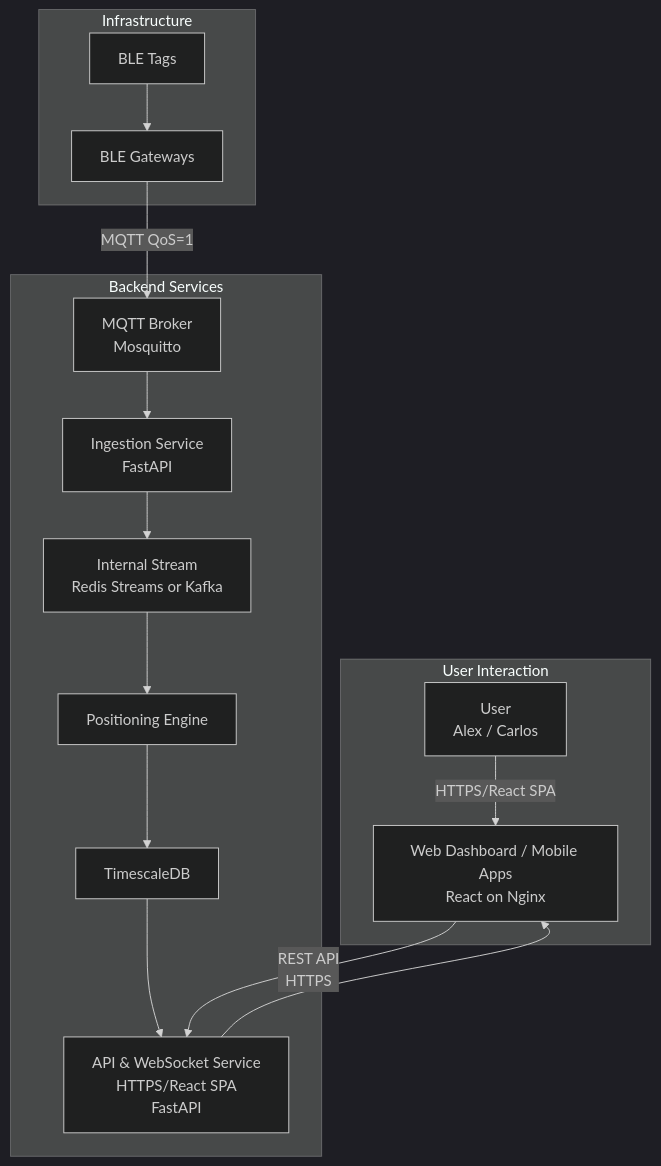
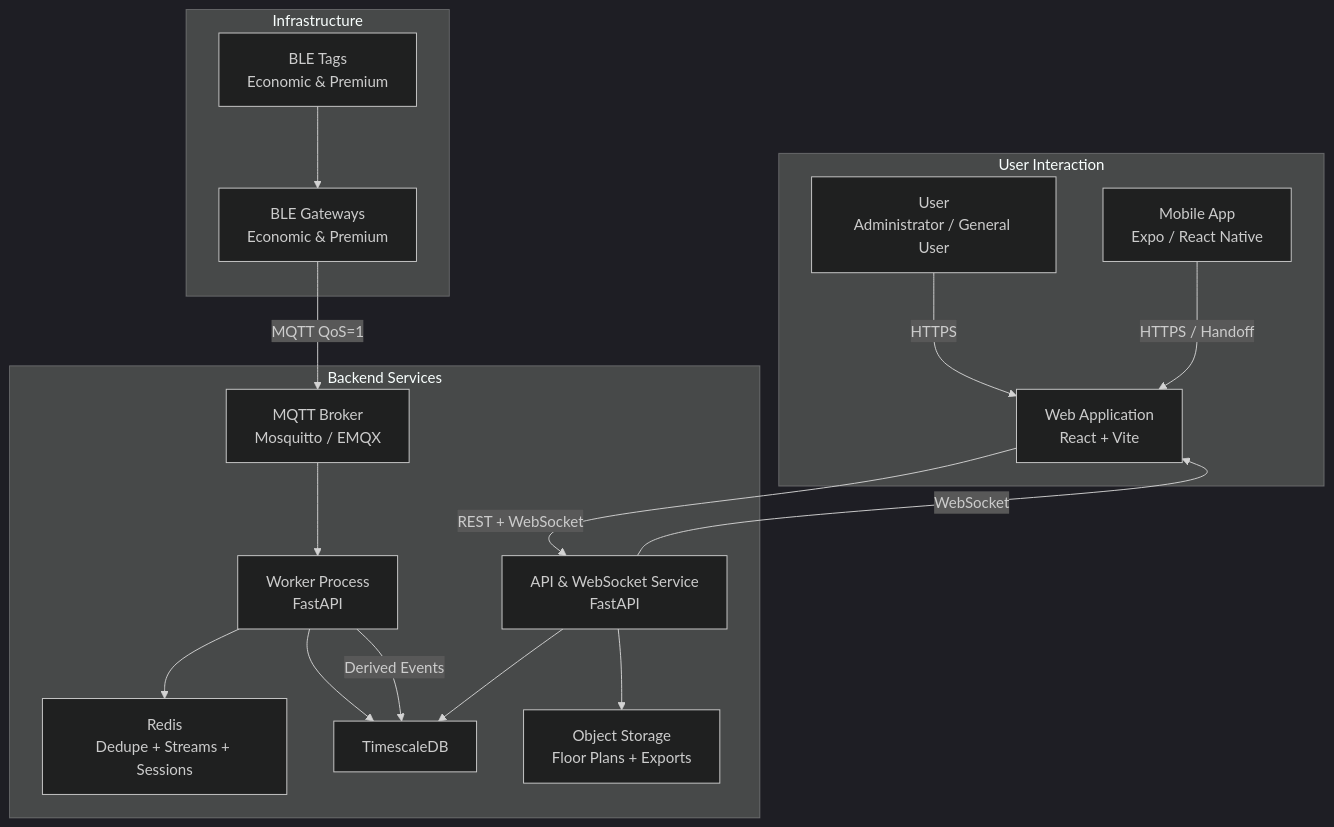
The first of 9 diagrams in docs/system-design.md (TaguiaIps/rtls-project), drawn with Mermaid (dark theme) before and after one commit. The commit also changed other lines of this file and 23 other files, not shown here.

````diff
--- a/docs/system-design.md
+++ b/docs/system-design.md
@@ -21,33 +21,35 @@
 ```mermaid
 graph TD
     subgraph User Interaction
-        User[User<br>Alex / Carlos]
-        Dashboard[Web Dashboard / Mobile Apps<br>React on Nginx]
+        User[User<br>Administrator / General User]
+        Web[Web Application<br>React + Vite]
+        Mobile[Mobile App<br>Expo / React Native]
     end
 
     subgraph Infrastructure
-        Tags[BLE Tags]
-        Gateways[BLE Gateways]
+        Tags[BLE Tags<br>Economic & Premium]
+        Gateways[BLE Gateways<br>Economic & Premium]
     end
 
     subgraph Backend Services
-        API[API & WebSocket Service<br>HTTPS/React SPA<br>FastAPI]
-        MQTTBroker[MQTT Broker<br>Mosquitto]
-        Ingest[Ingestion Service<br>FastAPI]
-        Stream[Internal Stream<br>Redis Streams or Kafka]
-        Positioning[Positioning Engine]
+        API[API & WebSocket Service<br>FastAPI]
+        MQTTBroker[MQTT Broker<br>Mosquitto / EMQX]
+        Worker[Worker Process<br>FastAPI]
+        Redis[Redis<br>Dedupe + Streams + Sessions]
         Timescale[TimescaleDB]
+        ObjectStore[Object Storage<br>Floor Plans + Exports]
     end
 
-    User -->|HTTPS/React SPA| Dashboard
-    Dashboard -->|REST API<br>HTTPS| API
+    User -->|HTTPS| Web
+    Mobile -->|HTTPS / Handoff| Web
+    Web -->|REST + WebSocket| API
     Tags --> Gateways
-
     Gateways -->|MQTT QoS=1| MQTTBroker
-    MQTTBroker --> Ingest
-    Ingest --> Stream
-    Stream --> Positioning
-    Positioning --> Timescale
-    Timescale --> API
-    API --> Dashboard
+    MQTTBroker --> Worker
+    Worker --> Redis
+    Worker --> Timescale
+    Worker -->|Derived Events| Timescale
+    API --> Timescale
+    API --> ObjectStore
+    API -->|WebSocket| Web
 ```
````
